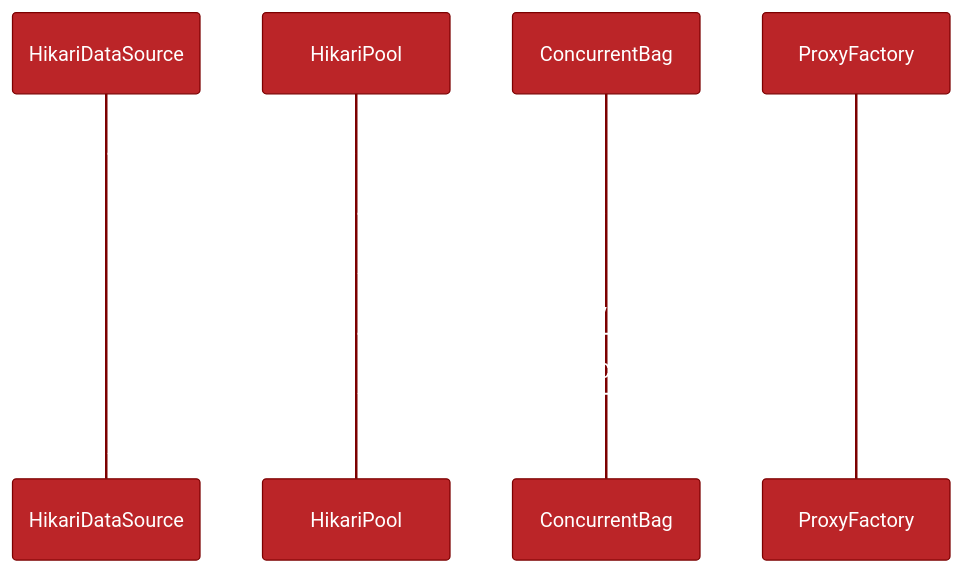
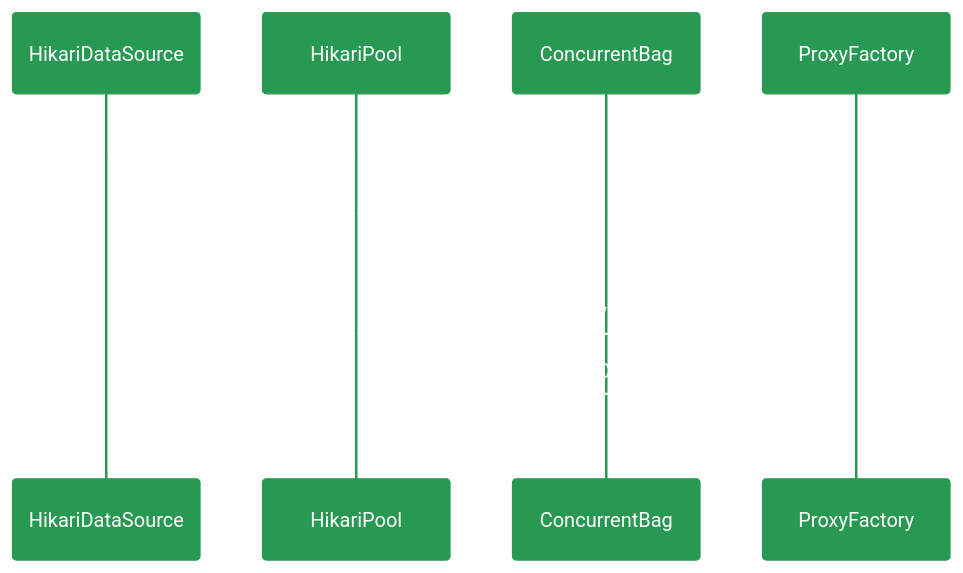
Before and after one commit to sesame-small/watermelons: the diagram in Notes/hikariCp.md, drawn with Mermaid.

````diff
--- a/Notes/hikariCp.md
+++ b/Notes/hikariCp.md
@@ -18,22 +18,22 @@
 ```mermaid
 %%{
   init: {
     'theme': 'base',
     'themeVariables': {
-      'primaryColor': '#BB2528',
+      'primaryColor': '#289952',
       'primaryTextColor': '#fff',
-      'primaryBorderColor': '#7C0000',
-      'lineColor': '#F8B229',
-      'secondaryColor': '#006100',
+      'primaryBorderColor': '#289952',
+      'lineColor': '#289952',
+      'secondaryColor': '#289952',
       'tertiaryColor': '#fff'
     }
   }
 }%%
 sequenceDiagram
    HikariDataSource ->> HikariPool: getConnection
    HikariPool ->> ConcurrentBag: borrow
    ConcurrentBag ->> HikariPool: poolEntry
    HikariPool ->> ProxyFactory: createProxyConnection
    ProxyFactory ->> HikariPool: getProxyConnection
    HikariPool ->> HikariDataSource: Connection
 ```
````
